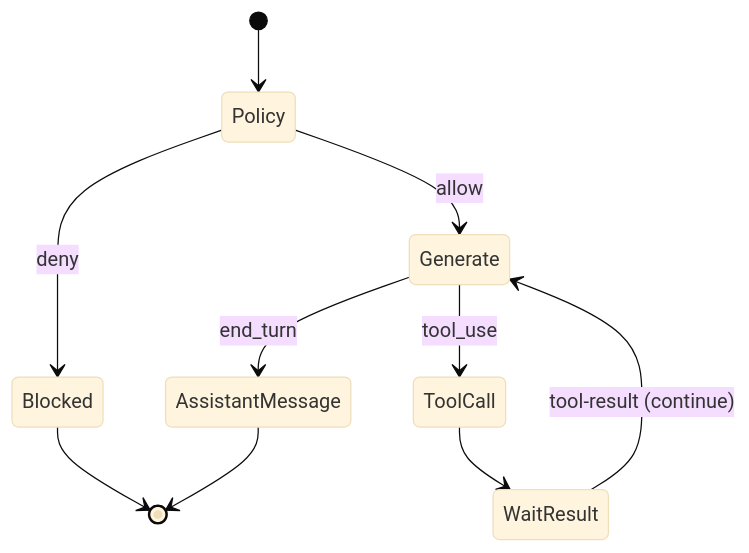
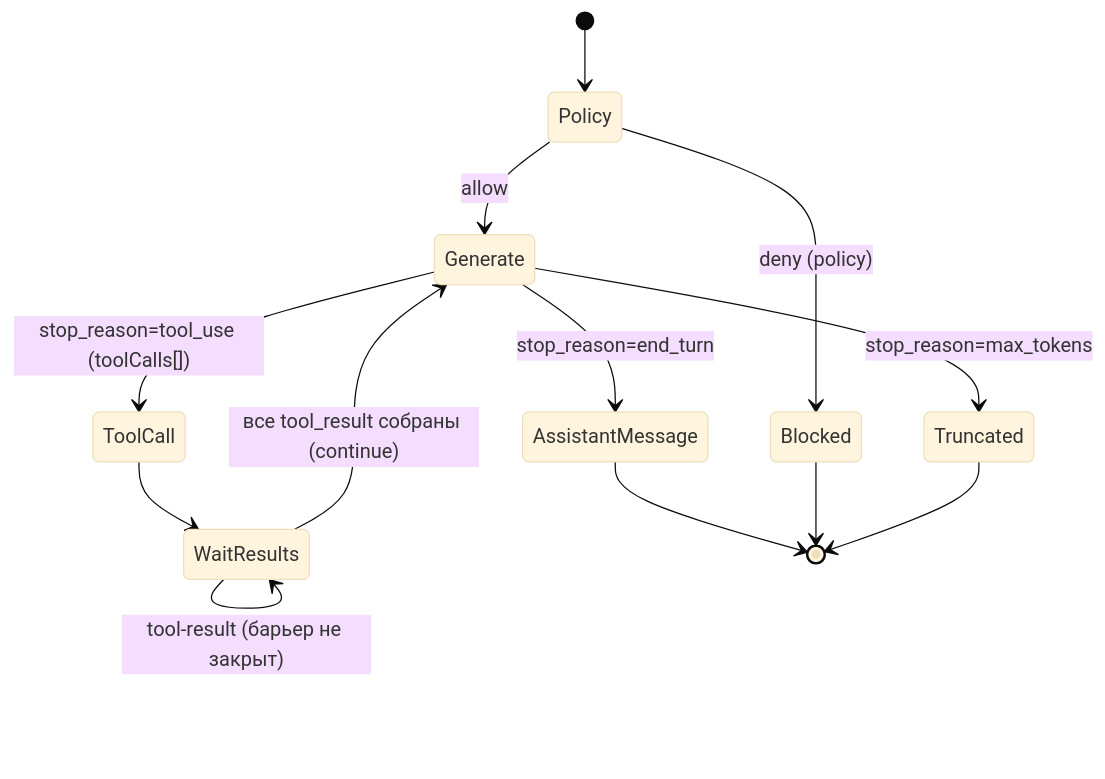
One commit to eliseiv/claude-ios changed the diagram in docs/modules/chat-orchestrator/03-architecture.md. Above: the diagram before and after it, drawn with Mermaid (base theme). The commit also changed other lines of this file and 28 other files, not shown here.

First line of the commit message:
feat(chat): parallel client-side tool calls + max_tokens truncation handling (ADR-025)

````diff
--- a/docs/modules/chat-orchestrator/03-architecture.md
+++ b/docs/modules/chat-orchestrator/03-architecture.md
@@ -34,12 +39,15 @@
 ```mermaid
 stateDiagram-v2
     [*] --> Policy
-    Policy --> Blocked: deny
+    Policy --> Blocked: deny (policy)
     Policy --> Generate: allow
-    Generate --> AssistantMessage: end_turn
-    Generate --> ToolCall: tool_use
-    ToolCall --> WaitResult
-    WaitResult --> Generate: tool-result (continue)
+    Generate --> AssistantMessage: stop_reason=end_turn
+    Generate --> ToolCall: stop_reason=tool_use (toolCalls[])
+    Generate --> Truncated: stop_reason=max_tokens
+    ToolCall --> WaitResults
+    WaitResults --> WaitResults: tool-result (барьер не закрыт)
+    WaitResults --> Generate: все tool_result собраны (continue)
     AssistantMessage --> [*]
     Blocked --> [*]
+    Truncated --> [*]
 ```
````
